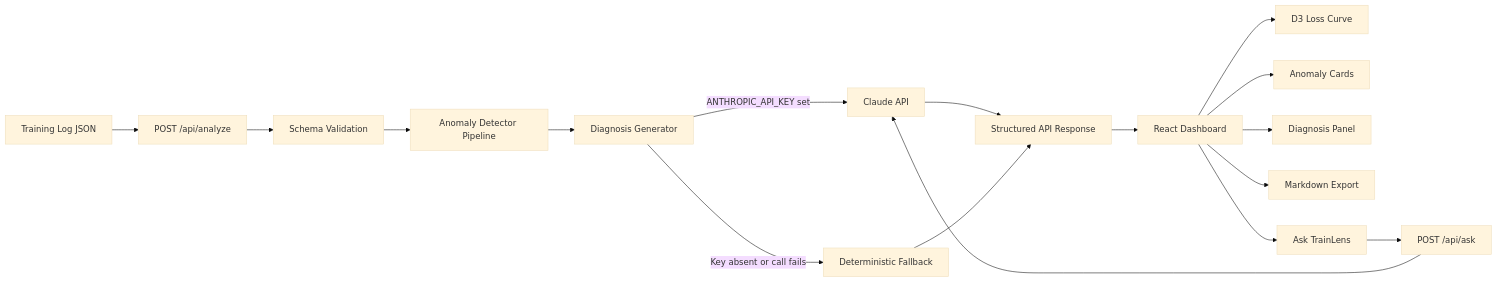
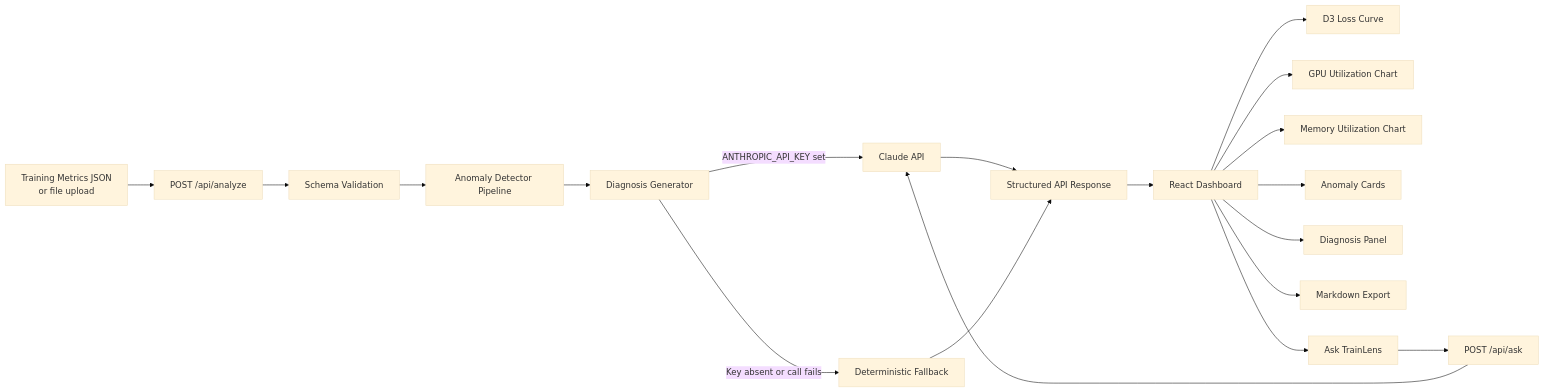
One commit to agarwalpragya/trainlens-ai changed the first of 4 diagrams in docs/ARCHITECTURE.md. Above: the diagram before and after it, drawn with Mermaid (base theme). The commit also changed other lines of this file and 16 other files, not shown here.

````diff
--- a/docs/ARCHITECTURE.md
+++ b/docs/ARCHITECTURE.md
@@ -18,19 +20,21 @@
 ```mermaid
 flowchart LR
-    A[Training Log JSON] --> B[POST /api/analyze]
+    A[Training Metrics JSON\nor file upload] --> B[POST /api/analyze]
     B --> C[Schema Validation]
     C --> D[Anomaly Detector Pipeline]
     D --> E[Diagnosis Generator]
     E -->|ANTHROPIC_API_KEY set| F[Claude API]
     E -->|Key absent or call fails| G[Deterministic Fallback]
     F --> H[Structured API Response]
     G --> H
     H --> I[React Dashboard]
     I --> J[D3 Loss Curve]
+    I --> J2[GPU Utilization Chart]
+    I --> J3[Memory Utilization Chart]
     I --> K[Anomaly Cards]
     I --> L[Diagnosis Panel]
     I --> M[Markdown Export]
     I --> N[Ask TrainLens]
     N --> O[POST /api/ask]
     O --> F
 ```
````
